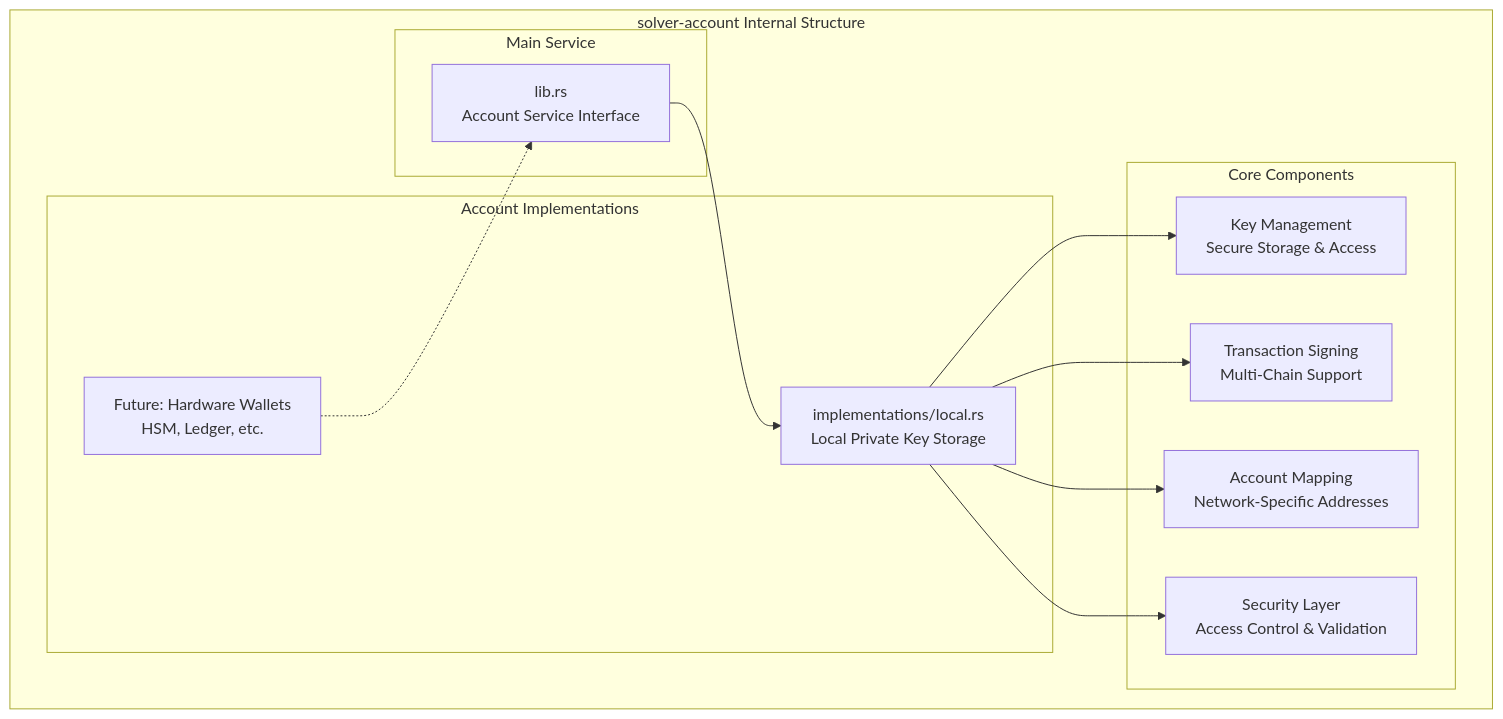
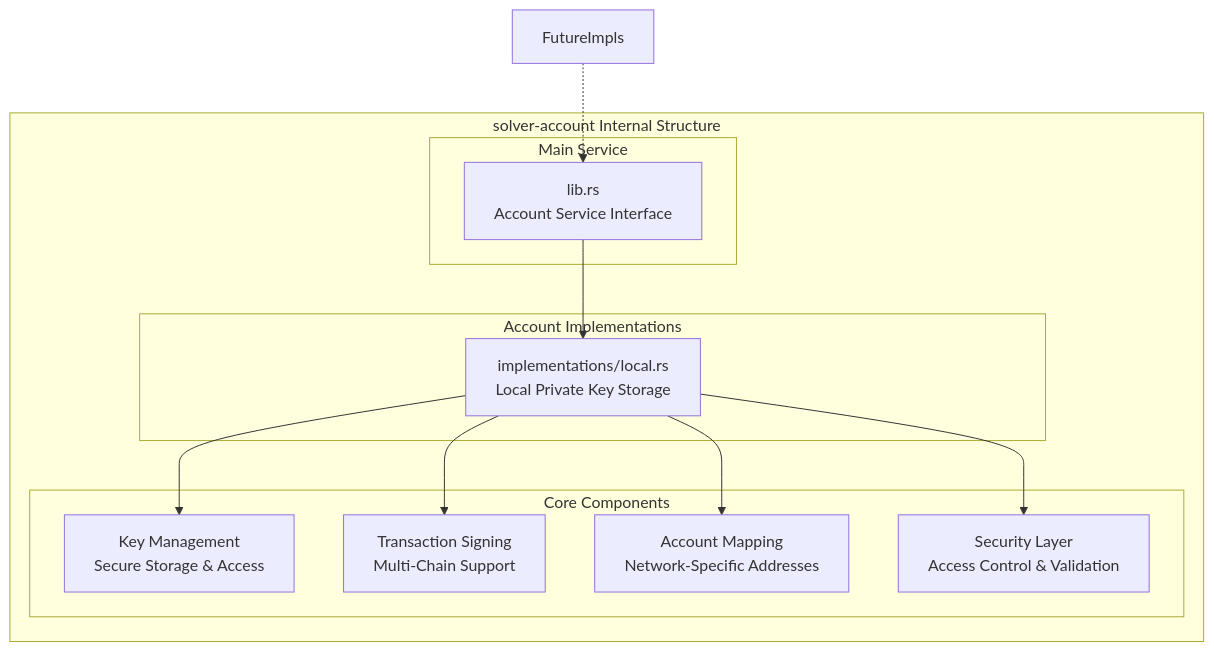
One commit to openintentsframework/oif-solver changed the first of 2 diagrams in docs/developer/crates/solver-account.md. Above: the diagram before and after it, drawn with Mermaid. The commit also changed other lines of this file, not shown here.

Commit message:
docs: Fix account flow

````diff
--- a/docs/developer/crates/solver-account.md
+++ b/docs/developer/crates/solver-account.md
@@ -9,28 +9,27 @@
 ```mermaid
 graph TB
     subgraph "solver-account Internal Structure"
         subgraph "Main Service"
             AccountService[lib.rs<br/>Account Service Interface]
         end
 
         subgraph "Account Implementations"
             LocalAccount[implementations/local.rs<br/>Local Private Key Storage]
-            FutureImpls[Future: Hardware Wallets<br/>HSM, Ledger, etc.]
         end
 
         subgraph "Core Components"
             KeyManagement[Key Management<br/>Secure Storage & Access]
             TransactionSigning[Transaction Signing<br/>Multi-Chain Support]
             AccountMapping[Account Mapping<br/>Network-Specific Addresses]
             SecurityLayer[Security Layer<br/>Access Control & Validation]
         end
     end
 
     AccountService --> LocalAccount
     LocalAccount --> KeyManagement
     LocalAccount --> TransactionSigning
     LocalAccount --> AccountMapping
     LocalAccount --> SecurityLayer
 
     FutureImpls -.-> AccountService
 ```
````
